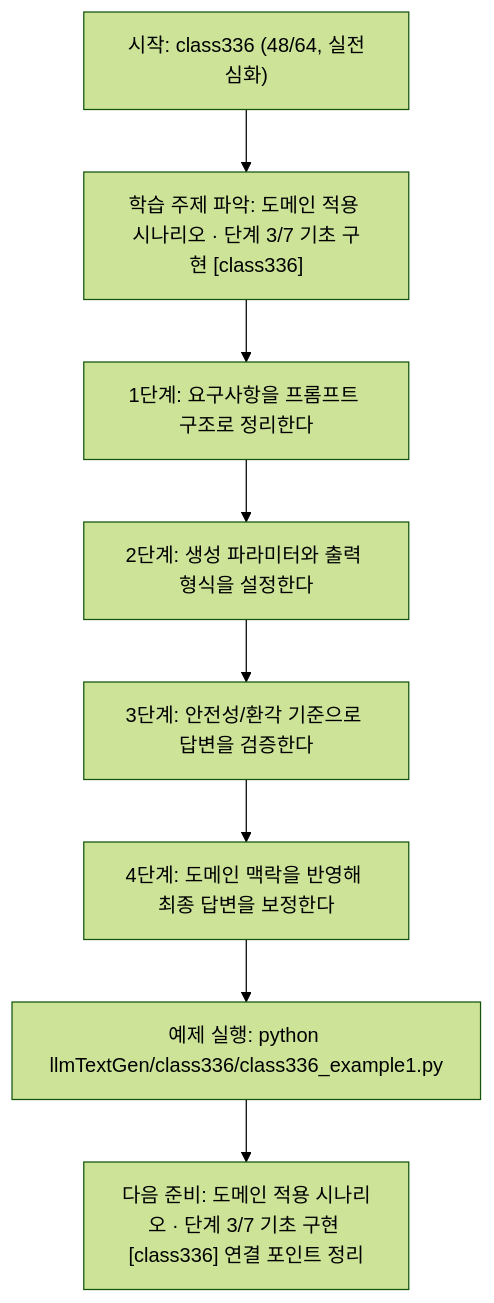
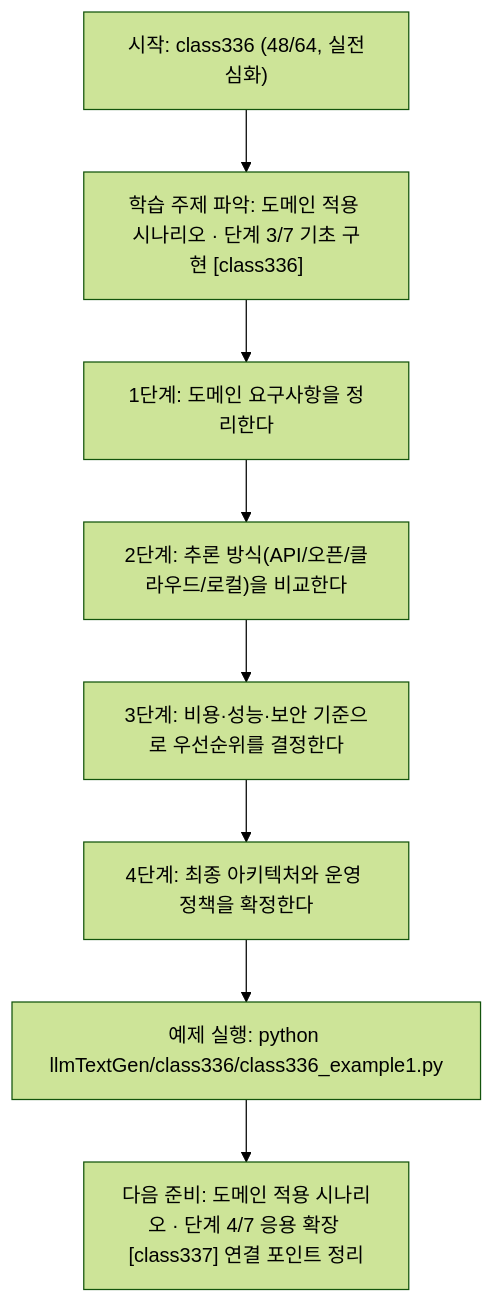
One commit to edumgt/Python-AI_Agent-Class changed the diagram in llmTextGen/class336/class336.md. Above: the diagram before and after it, drawn with Mermaid (forest theme). The commit also changed other lines of this file and 451 other files, not shown here.

````diff
--- a/llmTextGen/class336/class336.md
+++ b/llmTextGen/class336/class336.md
@@ -114,18 +95,18 @@
 ```mermaid
 flowchart TD
 N1["시작: class336 (48/64, 실전심화)"]
 N2["학습 주제 파악: 도메인 적용 시나리오 · 단계 3/7 기초 구현 [class336]"]
-N3["1단계: 요구사항을 프롬프트 구조로 정리한다"]
-N4["2단계: 생성 파라미터와 출력 형식을 설정한다"]
-N5["3단계: 안전성/환각 기준으로 답변을 검증한다"]
-N6["4단계: 도메인 맥락을 반영해 최종 답변을 보정한다"]
+N3["1단계: 도메인 요구사항을 정리한다"]
+N4["2단계: 추론 방식(API/오픈/클라우드/로컬)을 비교한다"]
+N5["3단계: 비용·성능·보안 기준으로 우선순위를 결정한다"]
+N6["4단계: 최종 아키텍처와 운영 정책을 확정한다"]
 N7["예제 실행: python llmTextGen/class336/class336_example1.py"]
-N8["다음 준비: 도메인 적용 시나리오 · 단계 3/7 기초 구현 [class336] 연결 포인트 정리"]
+N8["다음 준비: 도메인 적용 시나리오 · 단계 4/7 응용 확장 [class337] 연결 포인트 정리"]
 N1 --> N2
 N2 --> N3
 N3 --> N4
 N4 --> N5
 N5 --> N6
 N6 --> N7
 N7 --> N8
 ```
````
